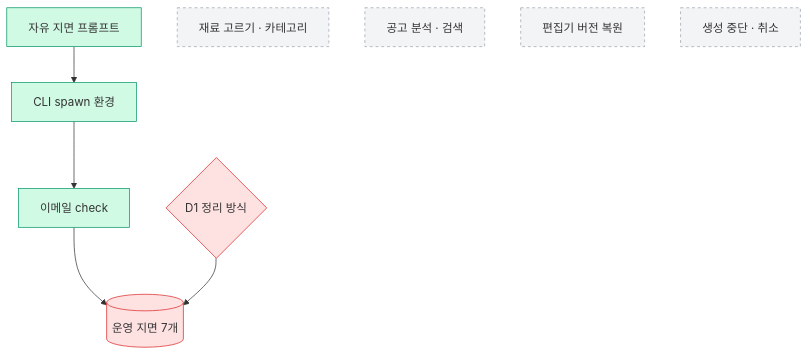
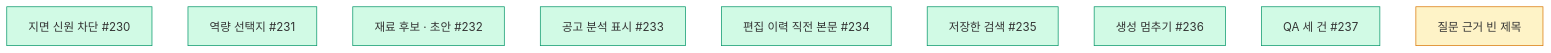
One commit to Expresso-Organization/expresso changed the diagram in .sitrep/sessions/20261114-1300-discord-issue-response/arch.mmd. Above: the diagram before and after it, drawn with Mermaid. The commit also changed 5 other files, not shown here.

```diff
--- a/.sitrep/sessions/20261114-1300-discord-issue-response/arch.mmd
+++ b/.sitrep/sessions/20261114-1300-discord-issue-response/arch.mmd
@@ -1,13 +1,14 @@
 flowchart TD
-  P["자유 지면 프롬프트"]:::done --> C["CLI spawn 환경"]:::done
-  C --> K["이메일 check"]:::done
-  K --> DB[("운영 지면 7개")]:::decide
-  D1{"D1 정리 방식"}:::decide --> DB
-  R["재료 고르기 · 카테고리"]:::todo
-  J["공고 분석 · 검색"]:::todo
-  E["편집기 버전 복원"]:::todo
-  G["생성 중단 · 취소"]:::todo
+  P["지면 신원 차단 #230"]:::done
+  C["역량 선택지 #231"]:::done
+  R["재료 후보 · 초안 #232"]:::done
+  J["공고 분석 표시 #233"]:::done
+  E["편집 이력 직전 본문 #234"]:::done
+  S["저장한 검색 #235"]:::done
+  G["생성 멈추기 #236"]:::done
+  Q["QA 세 건 #237"]:::done
+  I["질문 근거 빈 제목"]:::doing
   classDef done fill:#d1fae5,stroke:#059669
   classDef doing fill:#fef3c7,stroke:#d97706
   classDef decide fill:#fee2e2,stroke:#dc2626
   classDef todo fill:#f3f4f6,stroke:#9ca3af,stroke-dasharray:4
```
